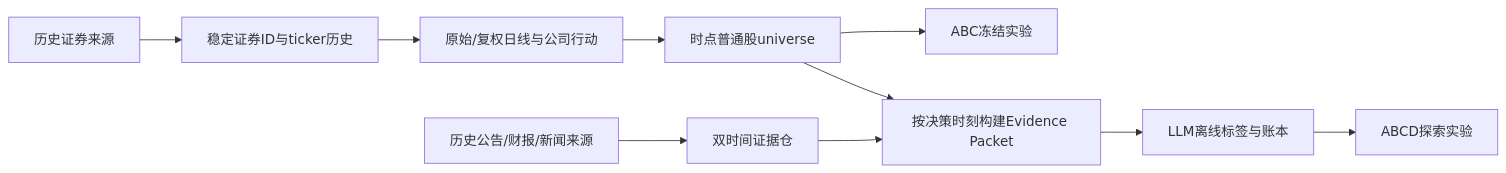
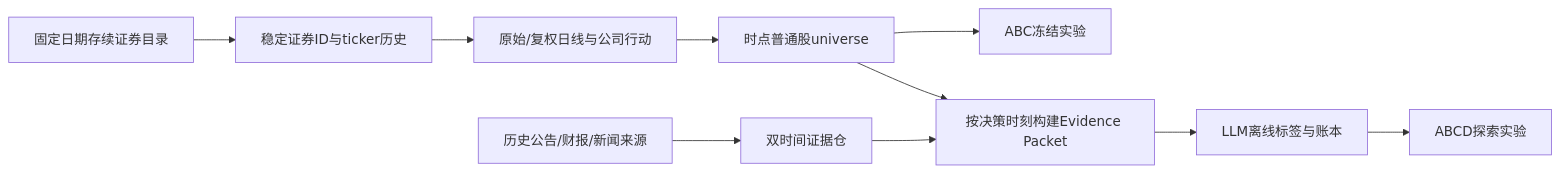
One commit to imlinklink/quant changed the diagram in quant_us-main/docs/historical-universe-and-evidence-handoff-technical-design-2026-09-12.md. Above: the diagram before and after it, drawn with Mermaid. The commit also changed other lines of this file and 2 other files, not shown here.

````diff
--- a/quant_us-main/docs/historical-universe-and-evidence-handoff-technical-design-2026-09-12.md
+++ b/quant_us-main/docs/historical-universe-and-evidence-handoff-technical-design-2026-09-12.md
@@ -26,12 +26,12 @@
 ```mermaid
 flowchart LR
-  A[历史证券来源] --> B[稳定证券ID与ticker历史]
+  A[固定日期存续证券目录] --> B[稳定证券ID与ticker历史]
   B --> C[原始/复权日线与公司行动]
   C --> D[时点普通股universe]
   D --> E[ABC冻结实验]
   F[历史公告/财报/新闻来源] --> G[双时间证据仓]
   G --> H[按决策时刻构建Evidence Packet]
   D --> H
   H --> I[LLM离线标签与账本]
   I --> J[ABCD探索实验]
 ```
````
